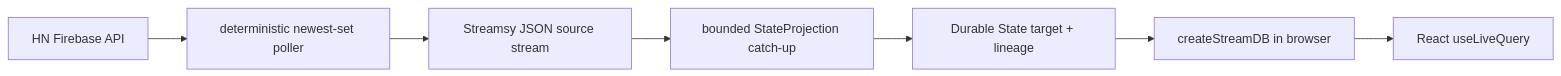
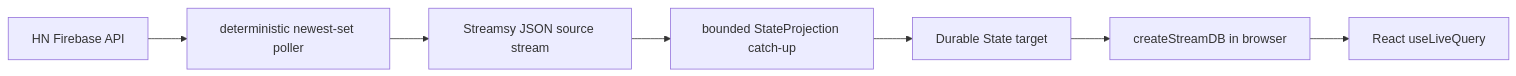
The diagram in examples/hackernews-newest-stream/README.md (gingerhendrix/streamsy), drawn with Mermaid before and after one commit. The commit also changed other lines of this file and 25 other files, not shown here.

````diff
--- a/examples/hackernews-newest-stream/README.md
+++ b/examples/hackernews-newest-stream/README.md
@@ -9,9 +9,9 @@
 ```mermaid
 flowchart LR
   HN[HN Firebase API] --> Poller[deterministic newest-set poller]
   Poller --> Source[Streamsy JSON source stream]
   Source --> Projection[bounded StateProjection catch-up]
-  Projection --> Target[Durable State target + lineage]
+  Projection --> Target[Durable State target]
   Target --> ClientDB[createStreamDB in browser]
   ClientDB --> React[React useLiveQuery]
 ```
````
